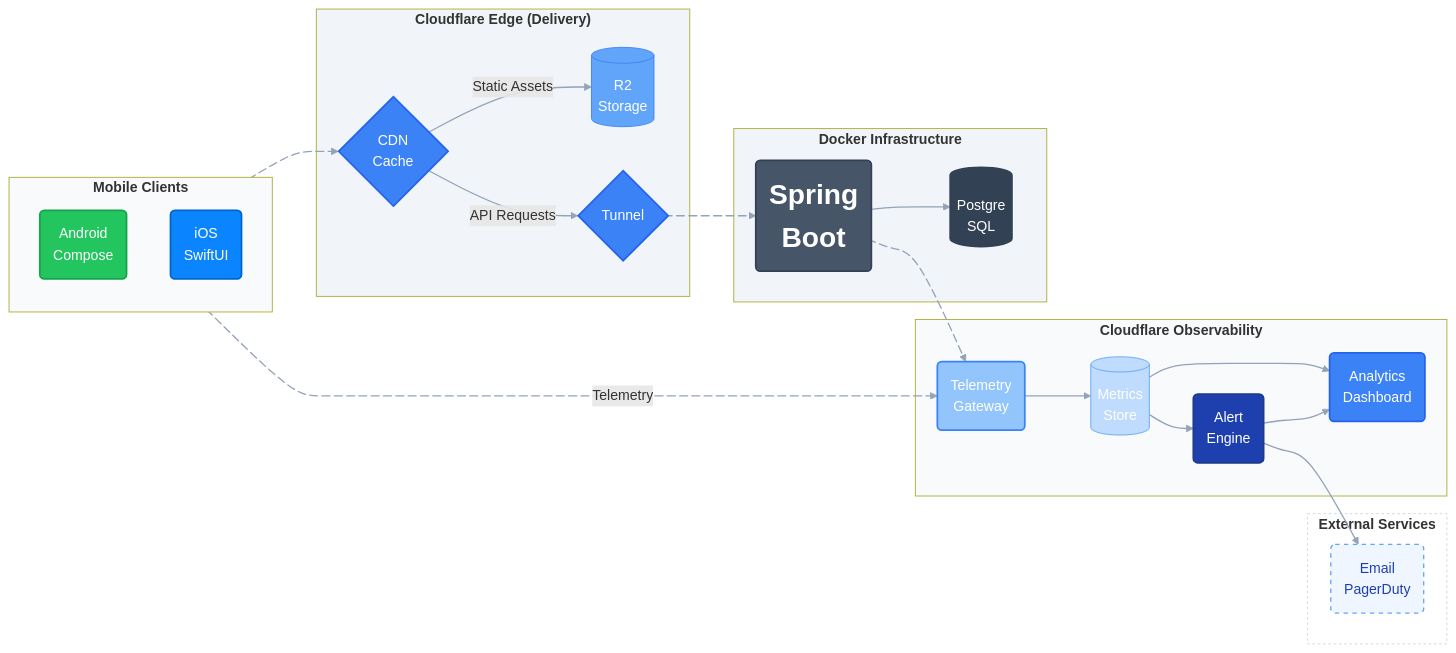
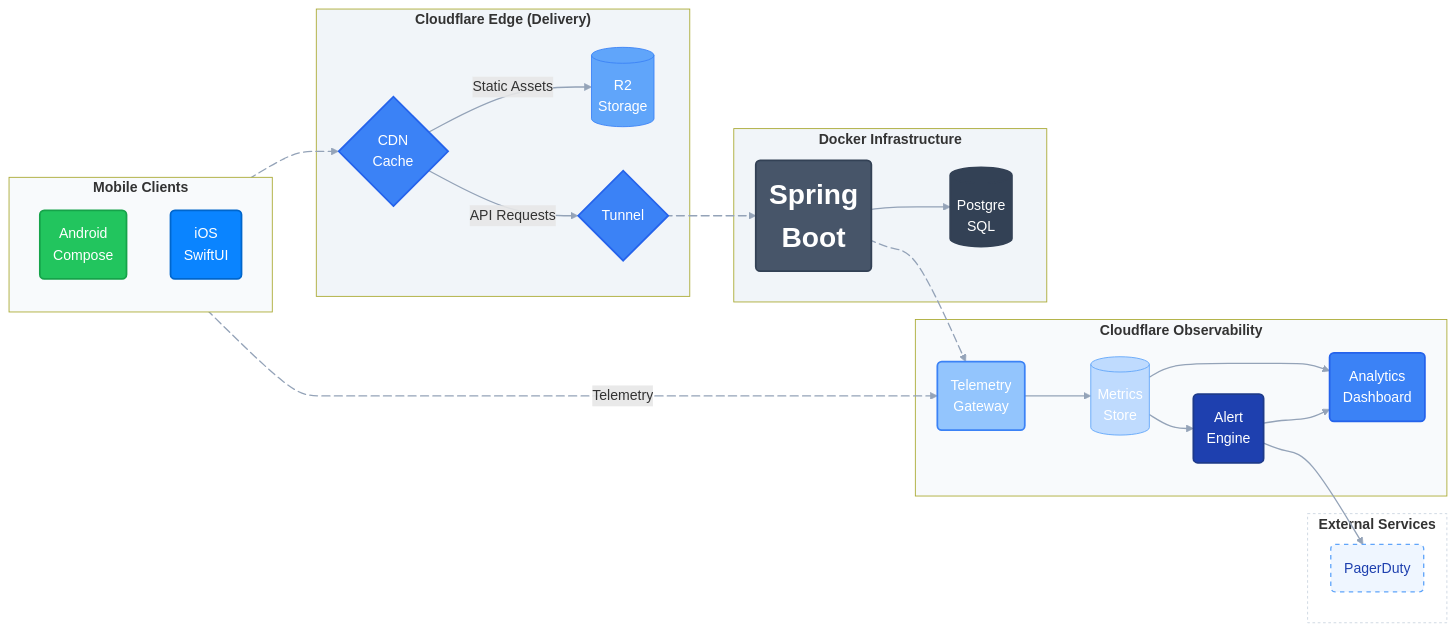
The diagram in README.md (susui888/susui888), drawn with Mermaid before and after one commit. The commit also changed other lines of this file, not shown here.

```diff
--- a/README.md
+++ b/README.md
@@ -36,7 +36,7 @@
                 end
 
                 subgraph External ["`**External Services**`"]
-                N1(Email\nPagerDuty)
+                N1(PagerDuty)
                 end
 
                 %% =========================
```
